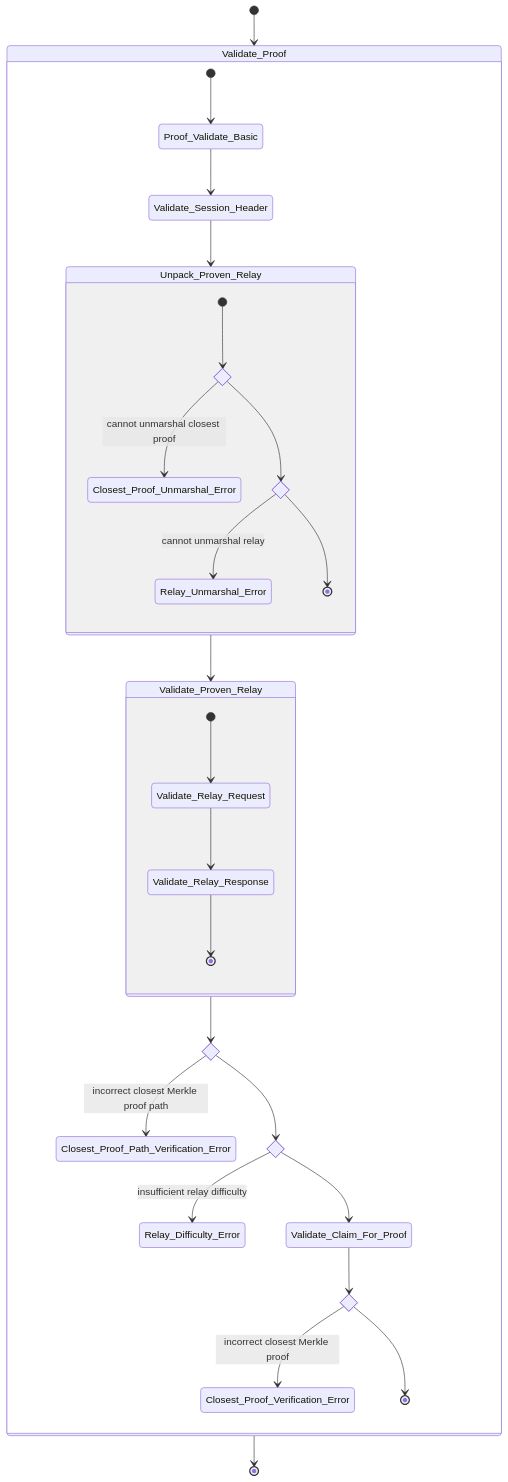
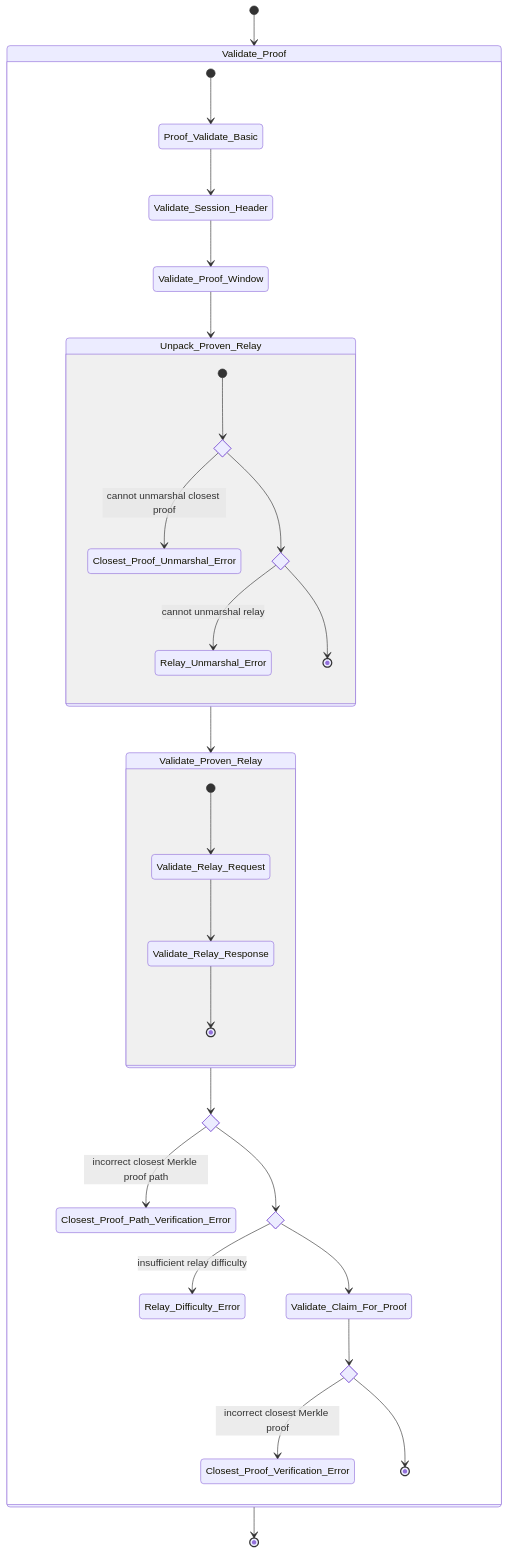
Before and after one commit to pokt-network/poktroll: the fourth of 16 diagrams in docusaurus/docs/protocol/primitives/claim_and_proof_lifecycle.md, drawn with Mermaid. The commit also changed other lines of this file, not shown here.

Commit message:
chore: add missing window validation & links

````diff
--- a/docusaurus/docs/protocol/primitives/claim_and_proof_lifecycle.md
+++ b/docusaurus/docs/protocol/primitives/claim_and_proof_lifecycle.md
@@ -229,43 +231,44 @@
 ```mermaid
 stateDiagram-v2
 [*] --> Validate_Proof
 state Validate_Proof {
   [*] --> Proof_Validate_Basic
   Proof_Validate_Basic --> Validate_Session_Header
-  Validate_Session_Header --> Unpack_Proven_Relay
+  Validate_Session_Header --> Validate_Proof_Window
+  Validate_Proof_Window --> Unpack_Proven_Relay
   
   state Unpack_Proven_Relay {
     state if_closest_proof_malformed <<choice>>
     state if_relay_valid <<choice>>
     
     [*] --> if_closest_proof_malformed
     if_closest_proof_malformed --> Closest_Proof_Unmarshal_Error: cannot unmarshal closest proof
     if_closest_proof_malformed --> if_relay_valid
     if_relay_valid --> Relay_Unmarshal_Error: cannot unmarshal relay
     if_relay_valid --> [*]
   }
 
 Unpack_Proven_Relay --> Validate_Proven_Relay
 
 state Validate_Proven_Relay {
   [*] --> Validate_Relay_Request
   Validate_Relay_Request --> Validate_Relay_Response
   Validate_Relay_Response --> [*]
 }
 
 state if_closest_proof_path_valid <<choice>>
 state if_relay_difficulty_sufficient <<choice>>
 
 Validate_Proven_Relay --> if_closest_proof_path_valid
 if_closest_proof_path_valid --> Closest_Proof_Path_Verification_Error: incorrect closest Merkle proof path
 if_closest_proof_path_valid --> if_relay_difficulty_sufficient
 if_relay_difficulty_sufficient --> Relay_Difficulty_Error: insufficient relay difficulty
 if_relay_difficulty_sufficient --> Validate_Claim_For_Proof
 
 state if_closest_proof_valid <<choice>>
   Validate_Claim_For_Proof --> if_closest_proof_valid
   if_closest_proof_valid --> Closest_Proof_Verification_Error: incorrect closest Merkle proof
   if_closest_proof_valid --> [*]
 }
 Validate_Proof --> [*]
 ```
````
